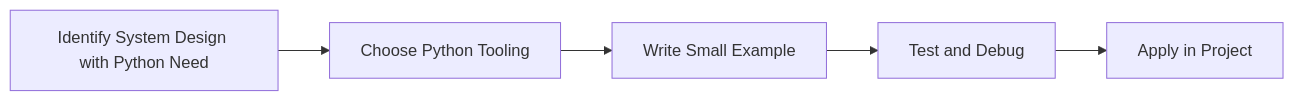
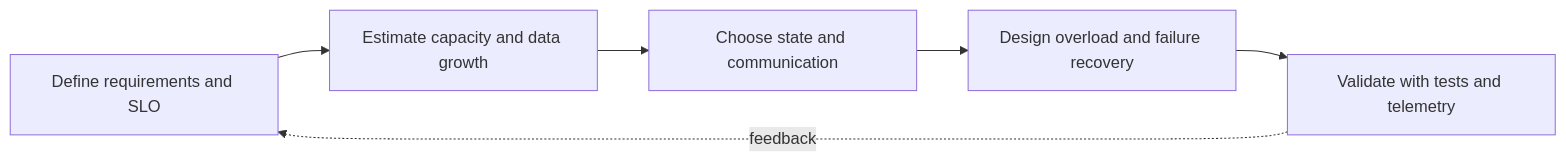
Before and after one commit to SYMOIZ/E-Learning-Portal: the diagram in Python-Mastery/Advanced/40-system-design-with-python.md, drawn with Mermaid. The commit also changed other lines of this file and 116 other files, not shown here.

````diff
--- a/Python-Mastery/Advanced/40-system-design-with-python.md
+++ b/Python-Mastery/Advanced/40-system-design-with-python.md
@@ -150,7 +166,8 @@
 ```mermaid
 flowchart LR
-    A[Identify System Design with Python Need] --> B[Choose Python Tooling]
-    B --> C[Write Small Example]
-    C --> D[Test and Debug]
-    D --> E[Apply in Project]
+    A[Define requirements and SLO] --> B[Estimate capacity and data growth]
+    B --> C[Choose state and communication]
+    C --> D[Design overload and failure recovery]
+    D --> E[Validate with tests and telemetry]
+    E -. feedback .-> A
 ```
````
